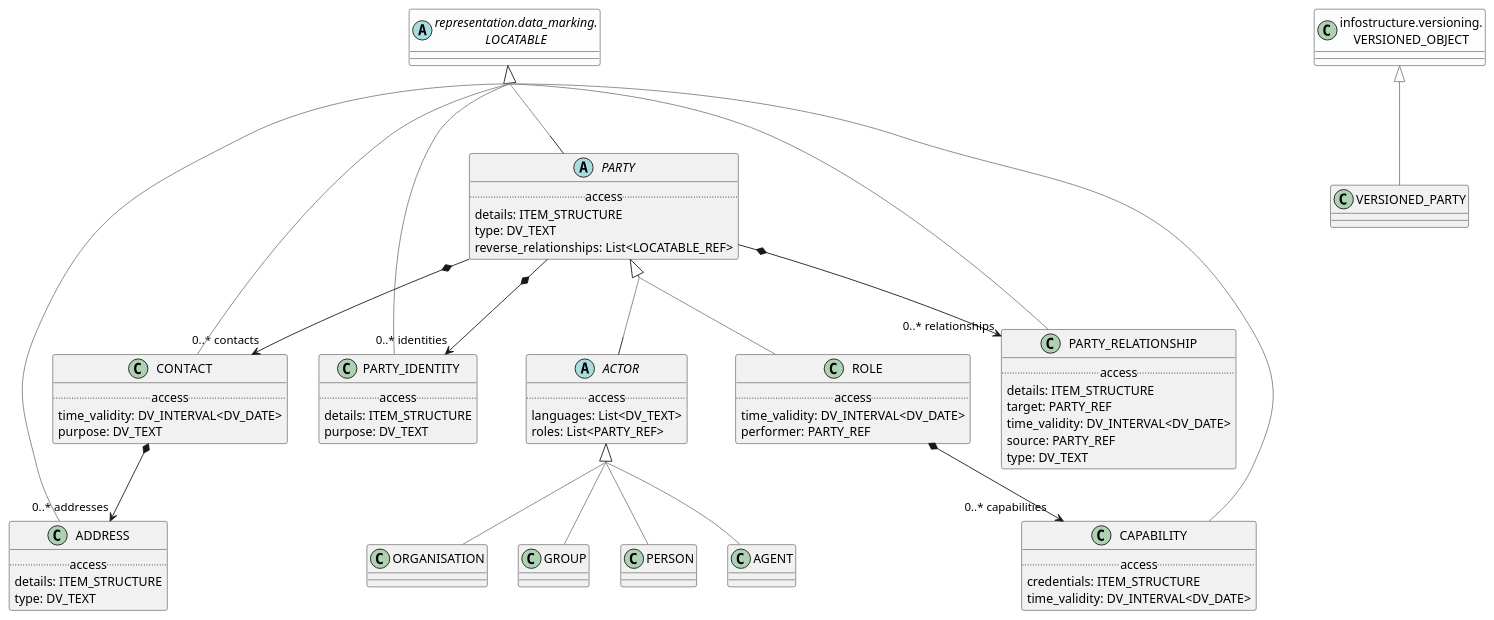
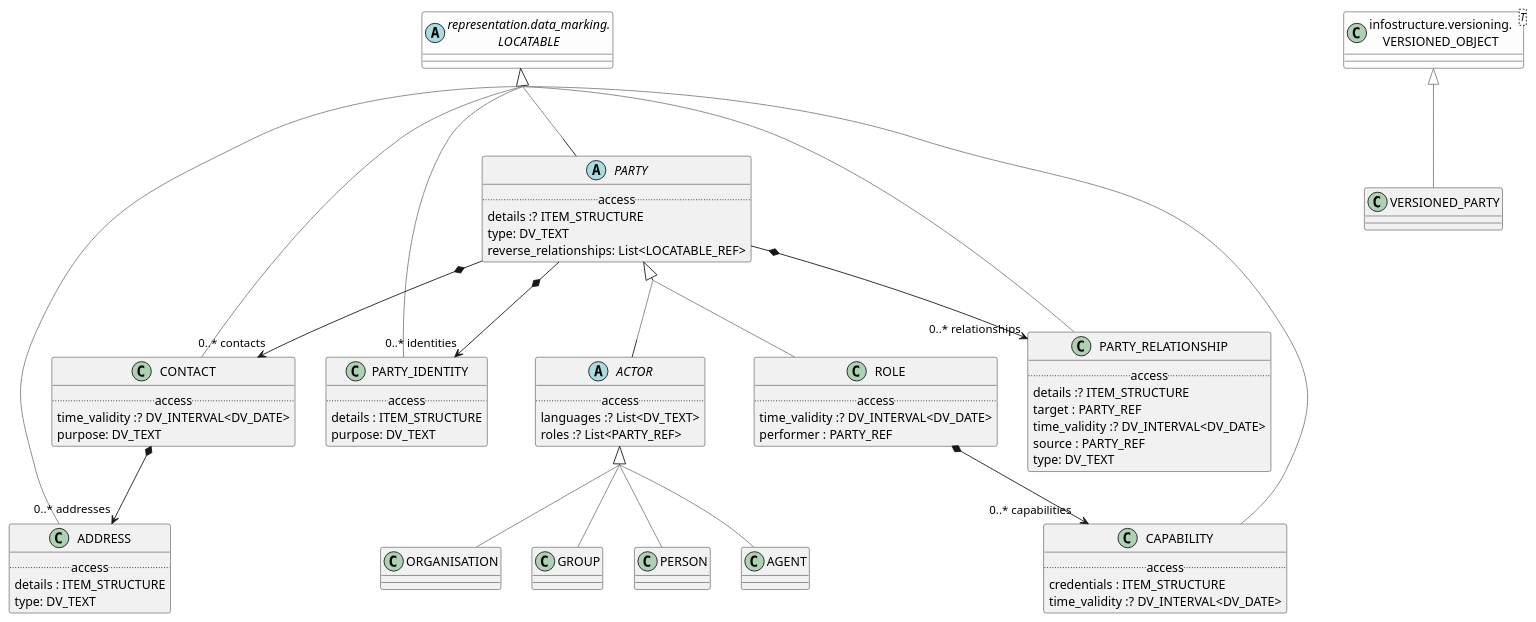
The diagram in modules/ROOT/examples/bmm/foundation/demographic/demographic-package-uml.adoc (wolandscat/openehr-doc), drawn with PlantUML before and after one commit. The commit also changed 1814 other files, not shown here.

```diff
--- a/modules/ROOT/examples/bmm/foundation/demographic/demographic-package-uml.adoc
+++ b/modules/ROOT/examples/bmm/foundation/demographic/demographic-package-uml.adoc
@@ -8,7 +8,7 @@
 
 class PARTY_IDENTITY [[/openehr-doc/latest/foundation/demographic-gen.html#_class_party_identity]] {
         .. access ..
-        details: ITEM_STRUCTURE
+        details : ITEM_STRUCTURE
         purpose: DV_TEXT
 }
 
@@ -29,8 +29,8 @@
 
 abstract class ACTOR [[/openehr-doc/latest/foundation/demographic-gen.html#_class_actor]] {
         .. access ..
-        languages: List<DV_TEXT>
-        roles: List<PARTY_REF>
+        languages :? List<DV_TEXT>
+        roles :? List<PARTY_REF>
 }
 
 ACTOR -[#gray]up-|> PARTY  
@@ -38,7 +38,7 @@
 
 class ADDRESS [[/openehr-doc/latest/foundation/demographic-gen.html#_class_address]] {
         .. access ..
-        details: ITEM_STRUCTURE
+        details : ITEM_STRUCTURE
         type: DV_TEXT
 }
 
@@ -47,8 +47,8 @@
 
 class CAPABILITY [[/openehr-doc/latest/foundation/demographic-gen.html#_class_capability]] {
         .. access ..
-        credentials: ITEM_STRUCTURE
-        time_validity: DV_INTERVAL<DV_DATE>
+        credentials : ITEM_STRUCTURE
+        time_validity :? DV_INTERVAL<DV_DATE>
 }
 
 CAPABILITY -[#gray]up-|> LOCATABLE  
@@ -56,7 +56,7 @@
 
 abstract class PARTY [[/openehr-doc/latest/foundation/demographic-gen.html#_class_party]] {
         .. access ..
-        details: ITEM_STRUCTURE
+        details :? ITEM_STRUCTURE
         type: DV_TEXT
         reverse_relationships: List<LOCATABLE_REF>
 }
@@ -78,8 +78,8 @@
 
 class ROLE [[/openehr-doc/latest/foundation/demographic-gen.html#_class_role]] {
         .. access ..
-        time_validity: DV_INTERVAL<DV_DATE>
-        performer: PARTY_REF
+        time_validity :? DV_INTERVAL<DV_DATE>
+        performer : PARTY_REF
 }
 
 ROLE -[#gray]up-|> PARTY  
@@ -89,7 +89,7 @@
 
 class CONTACT [[/openehr-doc/latest/foundation/demographic-gen.html#_class_contact]] {
         .. access ..
-        time_validity: DV_INTERVAL<DV_DATE>
+        time_validity :? DV_INTERVAL<DV_DATE>
         purpose: DV_TEXT
 }
 
@@ -112,10 +112,10 @@
 
 class PARTY_RELATIONSHIP [[/openehr-doc/latest/foundation/demographic-gen.html#_class_party_relationship]] {
         .. access ..
-        details: ITEM_STRUCTURE
-        target: PARTY_REF
-        time_validity: DV_INTERVAL<DV_DATE>
-        source: PARTY_REF
+        details :? ITEM_STRUCTURE
+        target : PARTY_REF
+        time_validity :? DV_INTERVAL<DV_DATE>
+        source : PARTY_REF
         type: DV_TEXT
 }
 
@@ -123,7 +123,7 @@
 
 abstract class "representation.data_marking.\nLOCATABLE" as LOCATABLE  [[/openehr-doc/latest/representation/data_marking-gen.html#_class_locatable]] #FDFDFD {
 }
-class "infostructure.versioning.\nVERSIONED_OBJECT" as VERSIONED_OBJECT  [[/openehr-doc/latest/infostructure/versioning-gen.html#_class_versioned_object]] #FDFDFD {
+class "infostructure.versioning.\nVERSIONED_OBJECT<T>" as VERSIONED_OBJECT<T>  [[/openehr-doc/latest/infostructure/versioning-gen.html#_class_versioned_object]] #FDFDFD {
 }
 
 ....
```
